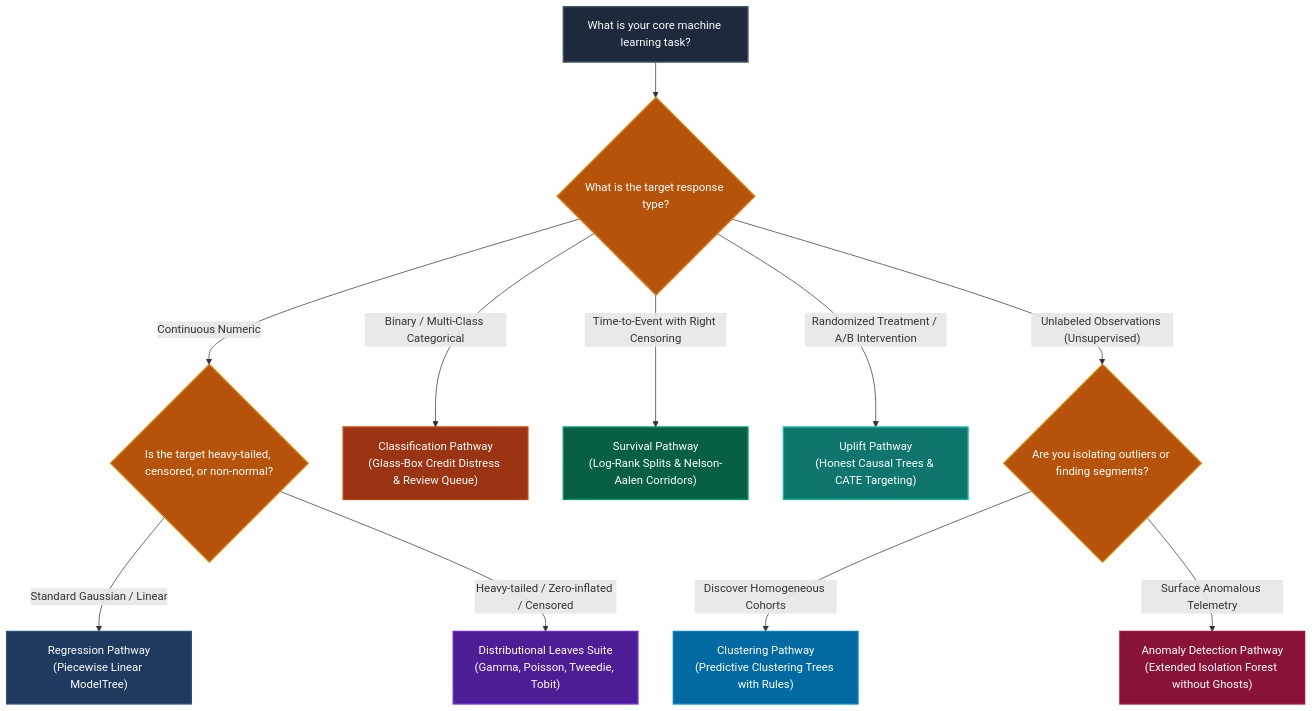
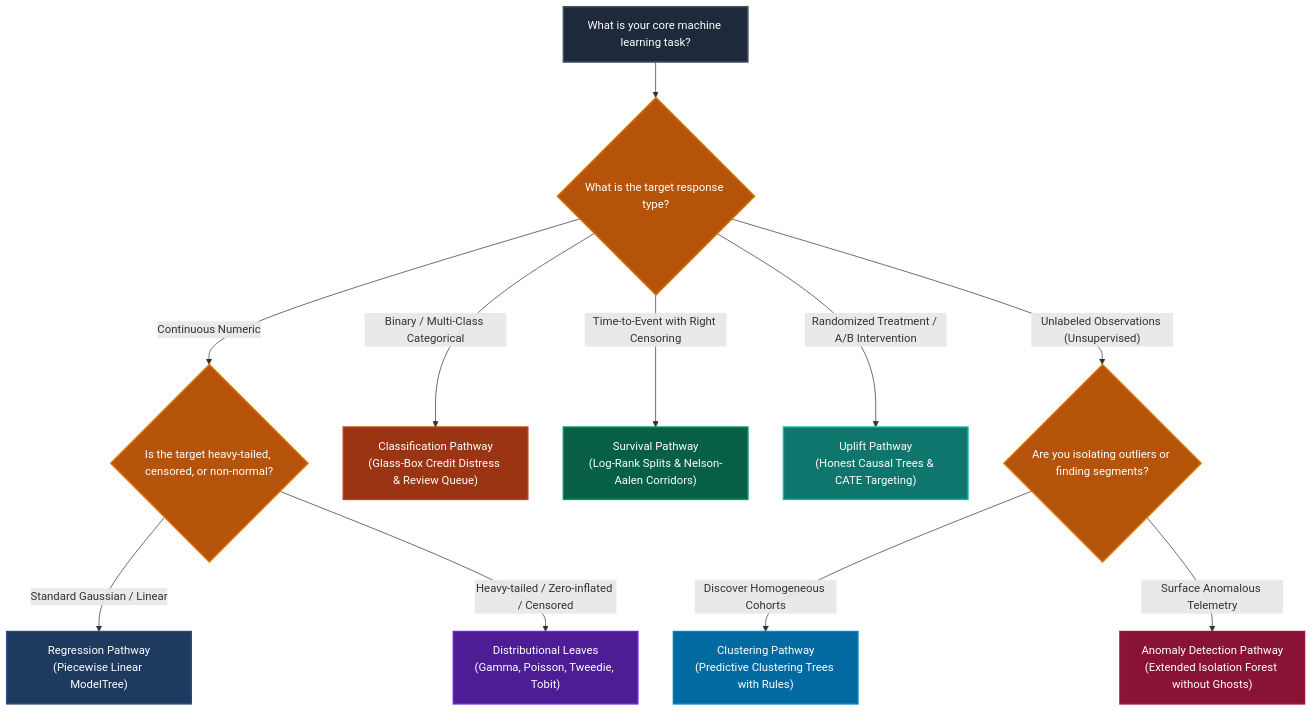
Before and after one commit to jkapila/mltreelib: the diagram in docs/guides/index.md, drawn with Mermaid. The commit also changed other lines of this file and 77 other files, not shown here.

````diff
--- a/docs/guides/index.md
+++ b/docs/guides/index.md
@@ -5,38 +5,38 @@
 ```mermaid
 flowchart TD
     Start["What is your core machine learning task?"] --> Target{"What is the target response type?"}
     
     Target -- "Continuous Numeric" --> Dist{"Is the target heavy-tailed, censored, or non-normal?"}
     Dist -- "Standard Gaussian / Linear" --> G_Reg["Regression Pathway\n(Piecewise Linear ModelTree)"]
-    Dist -- "Heavy-tailed / Zero-inflated / Censored" --> G_Dist["Distributional Leaves Suite\n(Gamma, Poisson, Tweedie, Tobit)"]
+    Dist -- "Heavy-tailed / Zero-inflated / Censored" --> G_Dist["Distributional Leaves\n(Gamma, Poisson, Tweedie, Tobit)"]
     
     Target -- "Binary / Multi-Class Categorical" --> G_Cla["Classification Pathway\n(Glass-Box Credit Distress & Review Queue)"]
     
     Target -- "Time-to-Event with Right Censoring" --> G_Surv["Survival Pathway\n(Log-Rank Splits & Nelson-Aalen Corridors)"]
     
     Target -- "Randomized Treatment / A/B Intervention" --> G_Uplift["Uplift Pathway\n(Honest Causal Trees & CATE Targeting)"]
     
     Target -- "Unlabeled Observations (Unsupervised)" --> Unsup{"Are you isolating outliers or finding segments?"}
     Unsup -- "Discover Homogeneous Cohorts" --> G_Clust["Clustering Pathway\n(Predictive Clustering Trees with Rules)"]
     Unsup -- "Surface Anomalous Telemetry" --> G_Anom["Anomaly Detection Pathway\n(Extended Isolation Forest without Ghosts)"]
 
     classDef startBox fill:#1e293b,stroke:#475569,stroke-width:2px,color:#ffffff;
     classDef gateBox fill:#b45309,stroke:#d97706,stroke-width:2px,color:#ffffff;
     classDef regBox fill:#1e3a5f,stroke:#2b4c7e,stroke-width:2px,color:#ffffff;
     classDef distBox fill:#4c1d95,stroke:#6d28d9,stroke-width:2px,color:#ffffff;
     classDef claBox fill:#9a3412,stroke:#c2410c,stroke-width:2px,color:#ffffff;
     classDef survBox fill:#065f46,stroke:#059669,stroke-width:2px,color:#ffffff;
     classDef upliftBox fill:#0f766e,stroke:#14b8a6,stroke-width:2px,color:#ffffff;
     classDef clustBox fill:#0369a1,stroke:#0284c7,stroke-width:2px,color:#ffffff;
     classDef anomBox fill:#881337,stroke:#9f1239,stroke-width:2px,color:#ffffff;
 
     class Start startBox;
     class Target,Dist,Unsup gateBox;
     class G_Reg regBox;
     class G_Dist distBox;
     class G_Cla claBox;
     class G_Surv survBox;
     class G_Uplift upliftBox;
     class G_Clust clustBox;
     class G_Anom anomBox;
 ```
````
